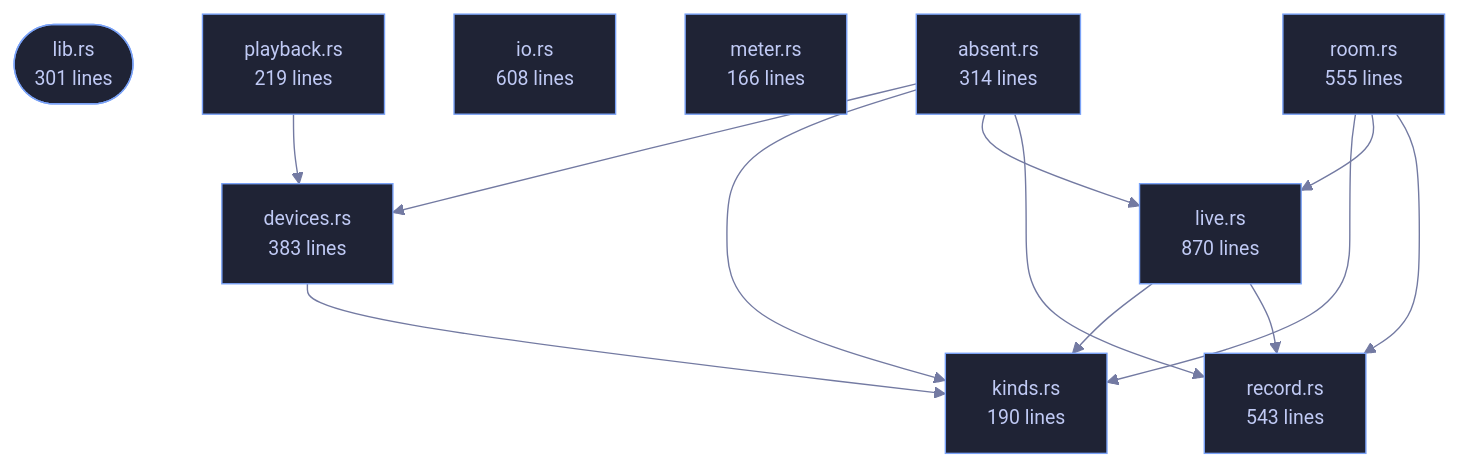
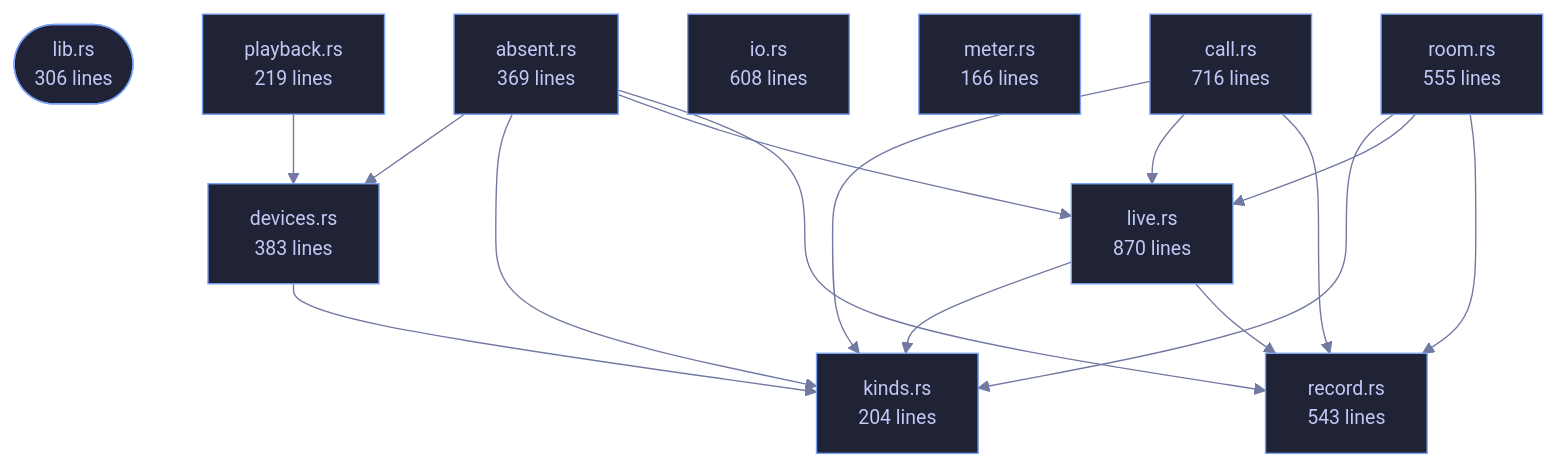
Before and after one commit to tilas01/veilvoice: the diagram in crates/veilvoice-audio/README.md, drawn with Mermaid. The commit also changed other lines of this file and 6 other files, not shown here.

````diff
--- a/crates/veilvoice-audio/README.md
+++ b/crates/veilvoice-audio/README.md
@@ -80,35 +80,40 @@
 ```mermaid
 %%{init: {"theme":"base","themeVariables":{"background":"#1a1b26","primaryColor":"#1f2335","primaryTextColor":"#c0caf5","primaryBorderColor":"#7aa2f7","secondaryColor":"#16161e","tertiaryColor":"#16161e","lineColor":"#737aa2","textColor":"#c0caf5","mainBkg":"#1f2335","nodeBorder":"#7aa2f7","clusterBkg":"#16161e","clusterBorder":"#2f3549","fontFamily":"ui-monospace, SFMono-Regular, Consolas, monospace","fontSize":"14px"}}}%%
 flowchart TD
-    n_lib(["lib.rs<br/>301 lines"])
-    n_absent["absent.rs<br/>314 lines"]
+    n_lib(["lib.rs<br/>306 lines"])
+    n_absent["absent.rs<br/>369 lines"]
+    n_call["call.rs<br/>716 lines"]
     n_devices["devices.rs<br/>383 lines"]
     n_io["io.rs<br/>608 lines"]
-    n_kinds["kinds.rs<br/>190 lines"]
+    n_kinds["kinds.rs<br/>204 lines"]
     n_live["live.rs<br/>870 lines"]
     n_meter["meter.rs<br/>166 lines"]
     n_playback["playback.rs<br/>219 lines"]
     n_record["record.rs<br/>543 lines"]
     n_room["room.rs<br/>555 lines"]
     n_absent --> n_devices
     n_absent --> n_kinds
     n_absent --> n_live
     n_absent --> n_record
+    n_call --> n_kinds
+    n_call --> n_live
+    n_call --> n_record
     n_devices --> n_kinds
     n_live --> n_kinds
     n_live --> n_record
     n_playback --> n_devices
     n_room --> n_kinds
     n_room --> n_live
     n_room --> n_record
     click n_lib href "https://github.com/tilas01/veilvoice/blob/main/crates/veilvoice-audio/src/lib.rs" "open the source"
     click n_absent href "https://github.com/tilas01/veilvoice/blob/main/crates/veilvoice-audio/src/absent.rs" "open the source"
+    click n_call href "https://github.com/tilas01/veilvoice/blob/main/crates/veilvoice-audio/src/call.rs" "open the source"
     click n_devices href "https://github.com/tilas01/veilvoice/blob/main/crates/veilvoice-audio/src/devices.rs" "open the source"
     click n_io href "https://github.com/tilas01/veilvoice/blob/main/crates/veilvoice-audio/src/io.rs" "open the source"
     click n_kinds href "https://github.com/tilas01/veilvoice/blob/main/crates/veilvoice-audio/src/kinds.rs" "open the source"
     click n_live href "https://github.com/tilas01/veilvoice/blob/main/crates/veilvoice-audio/src/live.rs" "open the source"
     click n_meter href "https://github.com/tilas01/veilvoice/blob/main/crates/veilvoice-audio/src/meter.rs" "open the source"
     click n_playback href "https://github.com/tilas01/veilvoice/blob/main/crates/veilvoice-audio/src/playback.rs" "open the source"
     click n_record href "https://github.com/tilas01/veilvoice/blob/main/crates/veilvoice-audio/src/record.rs" "open the source"
     click n_room href "https://github.com/tilas01/veilvoice/blob/main/crates/veilvoice-audio/src/room.rs" "open the source"
 ```
````
